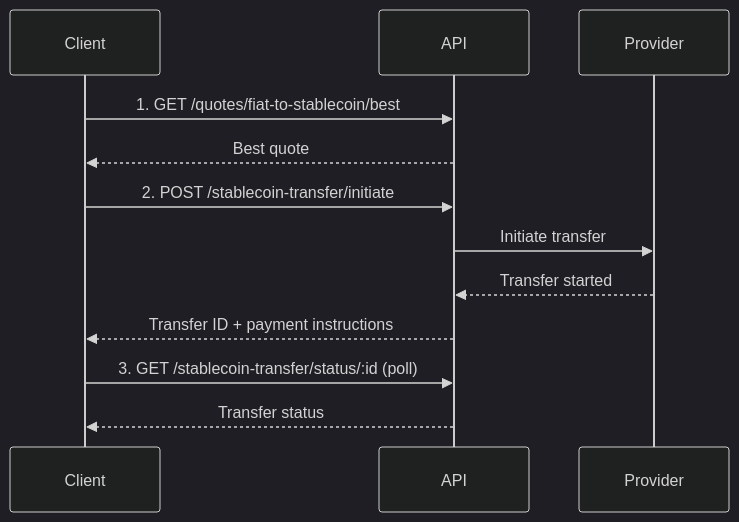
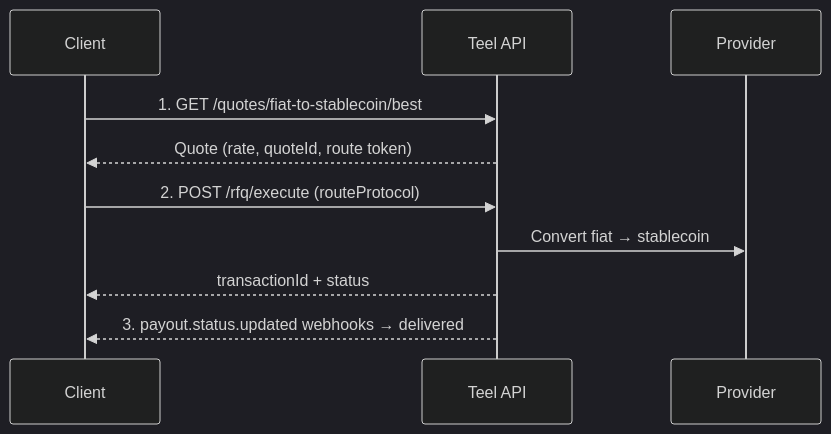
The diagram in guides/stablecoin-transfer.mdx (TeelOrg/docs), drawn with Mermaid (dark theme) before and after one commit. The commit also changed other lines of this file and 14 other files, not shown here.

````diff
--- a/guides/stablecoin-transfer.mdx
+++ b/guides/stablecoin-transfer.mdx
@@ -12,15 +10,13 @@
 ```mermaid
 sequenceDiagram
     participant Client
-    participant API
+    participant API as Teel API
     participant Provider
 
     Client->>API: 1. GET /quotes/fiat-to-stablecoin/best
-    API-->>Client: Best quote
-    Client->>API: 2. POST /stablecoin-transfer/initiate
-    API->>Provider: Initiate transfer
-    Provider-->>API: Transfer started
-    API-->>Client: Transfer ID + payment instructions
-    Client->>API: 3. GET /stablecoin-transfer/status/:id (poll)
-    API-->>Client: Transfer status
+    API-->>Client: Quote (rate, quoteId, route token)
+    Client->>API: 2. POST /rfq/execute (routeProtocol)
+    API->>Provider: Convert fiat → stablecoin
+    API-->>Client: transactionId + status
+    API-->>Client: 3. payout.status.updated webhooks → delivered
 ```
````
